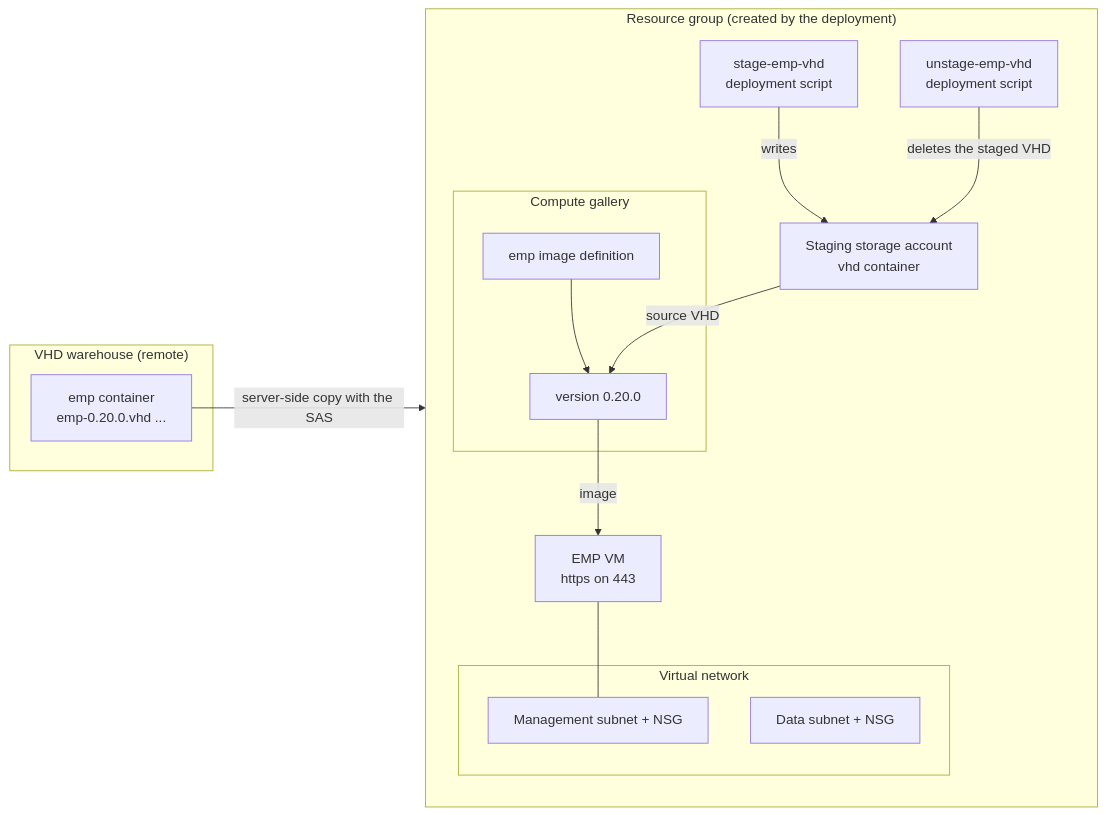
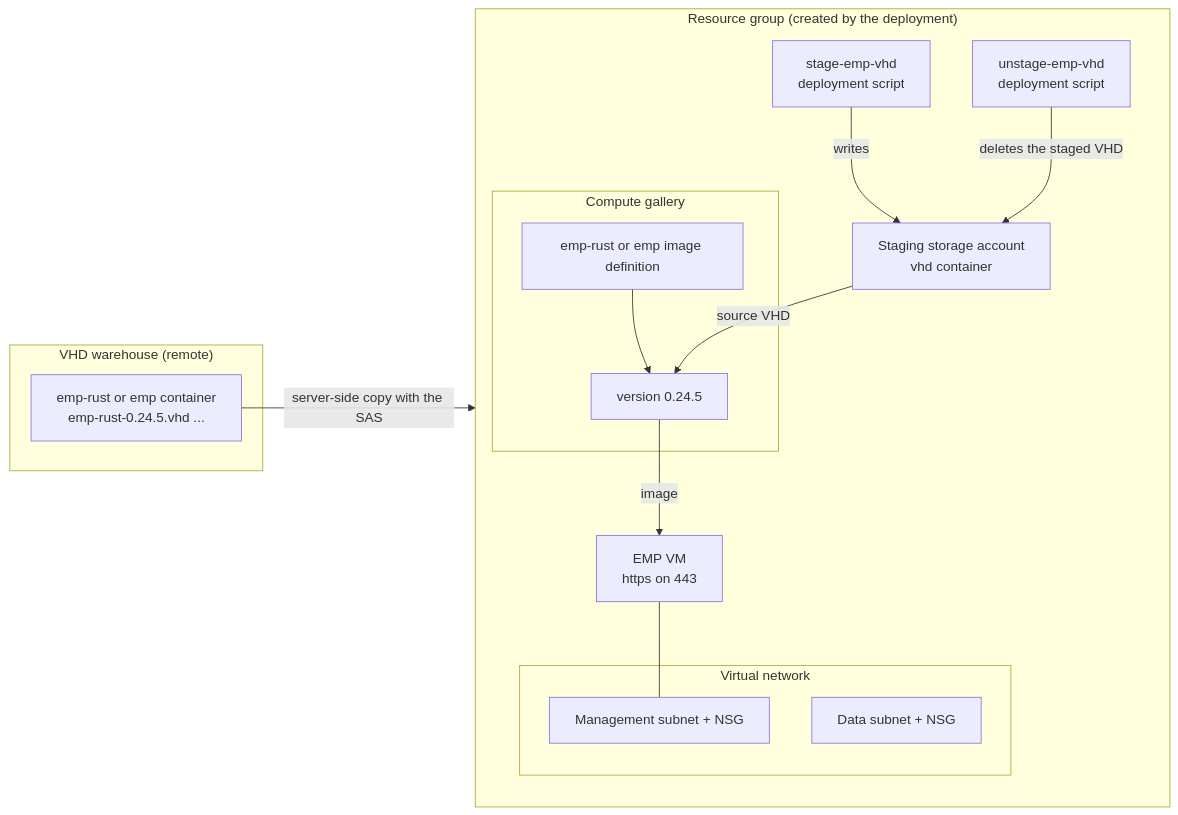
Before and after one commit to pipefl/nds-deploy: the diagram in README.md, drawn with Mermaid. The commit also changed other lines of this file and 3 other files, not shown here.

Commit message:
EMP build choice: Rust (emp-rust images, default) or Pode (emp images)

````diff
--- a/README.md
+++ b/README.md
@@ -44,28 +44,28 @@
 ```mermaid
 flowchart LR
   subgraph wh["VHD warehouse (remote)"]
-    vhd["emp container<br/>emp-0.20.0.vhd ..."]
+    vhd["emp-rust or emp container<br/>emp-rust-0.24.5.vhd ..."]
   end
 
   subgraph rg["Resource group (created by the deployment)"]
     direction TB
     s1["stage-emp-vhd<br/>deployment script"]
     stg["Staging storage account<br/>vhd container"]
     subgraph gal["Compute gallery"]
-      def["emp image definition"] --> ver["version 0.20.0"]
+      def["emp-rust or emp image definition"] --> ver["version 0.24.5"]
     end
     s2["unstage-emp-vhd<br/>deployment script"]
     subgraph net["Virtual network"]
       mgmt["Management subnet + NSG"]
       data["Data subnet + NSG"]
     end
     vm["EMP VM<br/>https on 443"]
   end
 
   vhd -->|"server-side copy with the SAS"| s1
   s1 -->|"writes"| stg
   stg -->|"source VHD"| ver
   ver -->|"image"| vm
   s2 -->|"deletes the staged VHD"| stg
   vm --- mgmt
 ```
````
